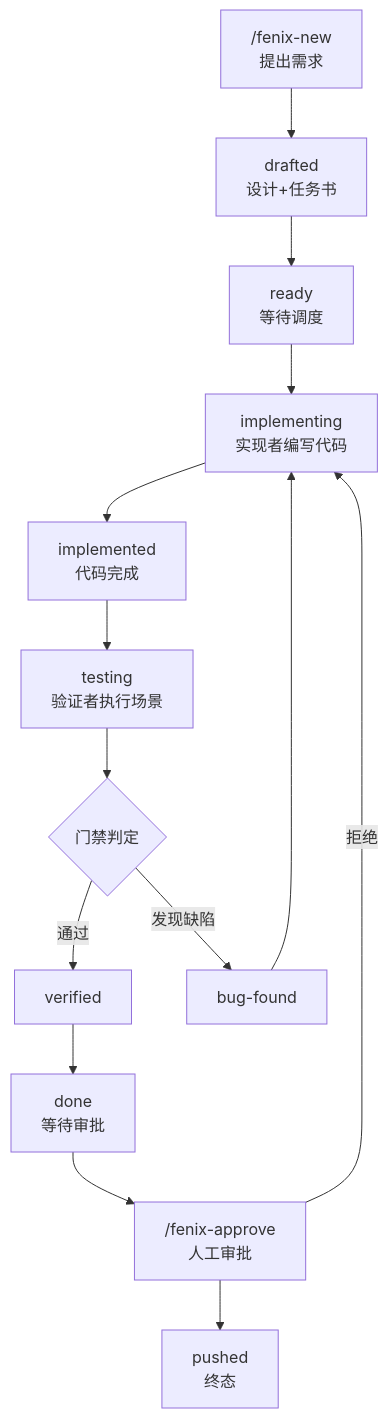
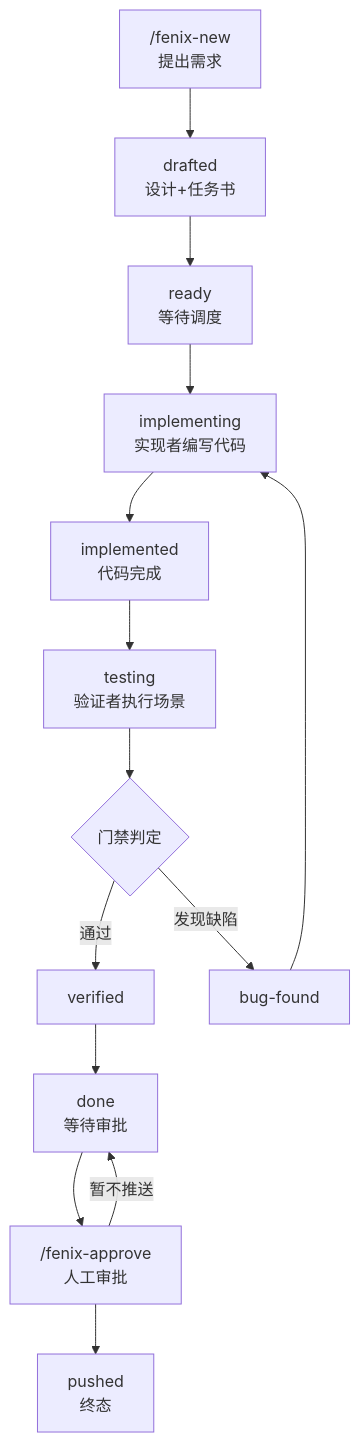
The diagram in docs/help/01-quick-start.md (fenixsoft/fenixd), drawn with Mermaid before and after one commit. The commit also changed other lines of this file and 36 other files, not shown here.

````diff
--- a/docs/help/01-quick-start.md
+++ b/docs/help/01-quick-start.md
@@ -53,16 +55,16 @@
 ```mermaid
 flowchart TD
     A["/fenix-new\n提出需求"] --> B["drafted\n设计+任务书"]
     B --> C["ready\n等待调度"]
     C --> D["implementing\n实现者编写代码"]
     D --> E["implemented\n代码完成"]
     E --> F["testing\n验证者执行场景"]
     F --> G{"门禁判定"}
     G -- 通过 --> H["verified"]
     G -- 发现缺陷 --> I["bug-found"]
     H --> J["done\n等待审批"]
     I --> D
     J --> K["/fenix-approve\n人工审批"]
     K --> L["pushed\n终态"]
-    K -- 拒绝 --> D
+    K -- 暂不推送 --> J
 ```
````
